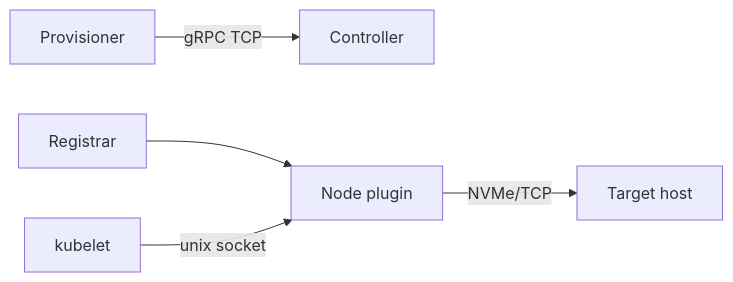
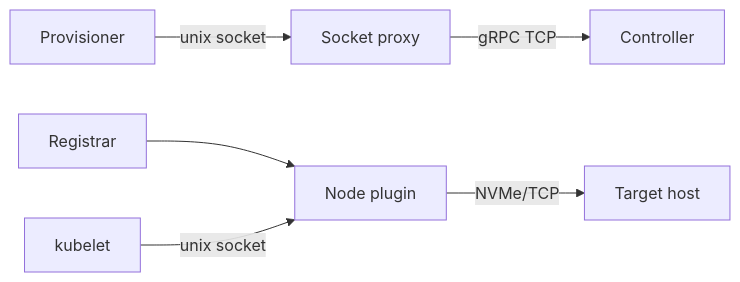
The second of 3 diagrams in design/deployment.md (timpa0130/nvmeof-csi), drawn with Mermaid before and after one commit. The commit also changed other lines of this file and 5 other files, not shown here.

Commit message:
refactor(chart): drop in-cluster controller; add controller/provisioner glossary

````diff
--- a/design/deployment.md
+++ b/design/deployment.md
@@ -43,7 +43,8 @@
 ```mermaid
 flowchart LR
-    EP["Provisioner"] -->|"gRPC TCP"| CTRL["Controller"]
+    EP["Provisioner"] -->|"unix socket"| PROXY["Socket proxy"]
+    PROXY -->|"gRPC TCP"| CTRL["Controller"]
     REG["Registrar"] --> NODE["Node plugin"]
     KUBELET["kubelet"] -->|"unix socket"| NODE
     NODE -->|"NVMe/TCP"| TGT["Target host"]
 ```
````
